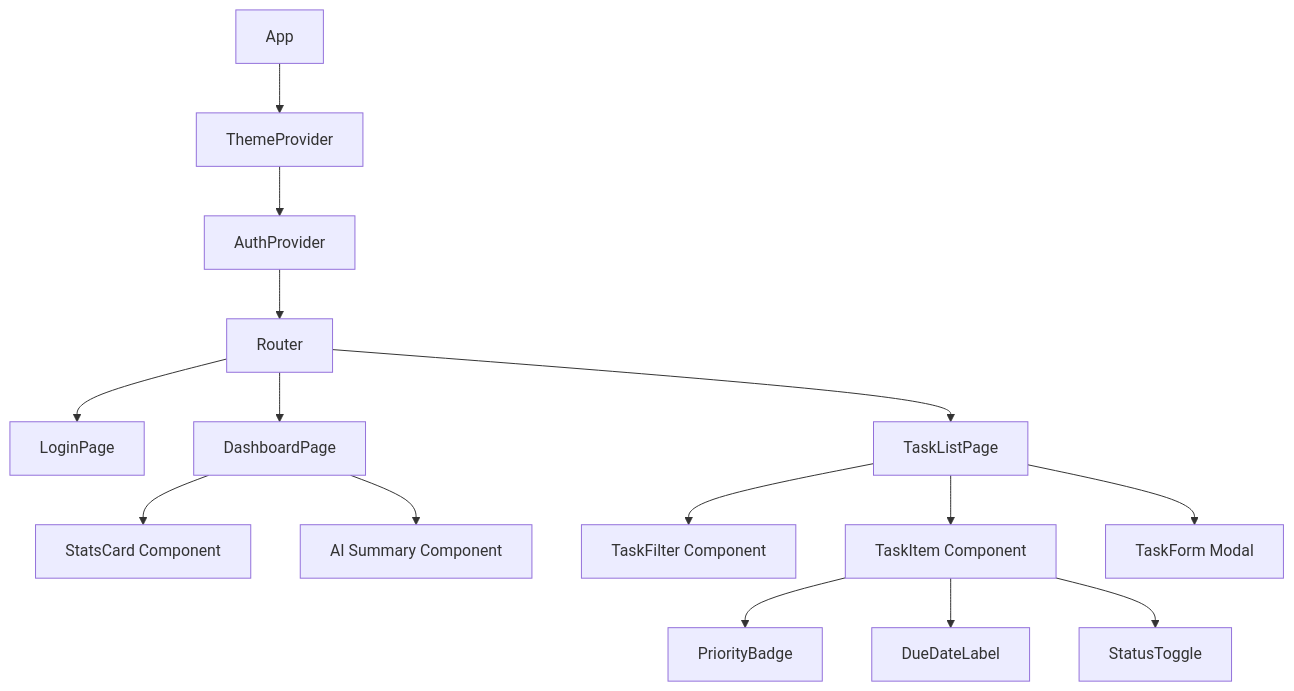
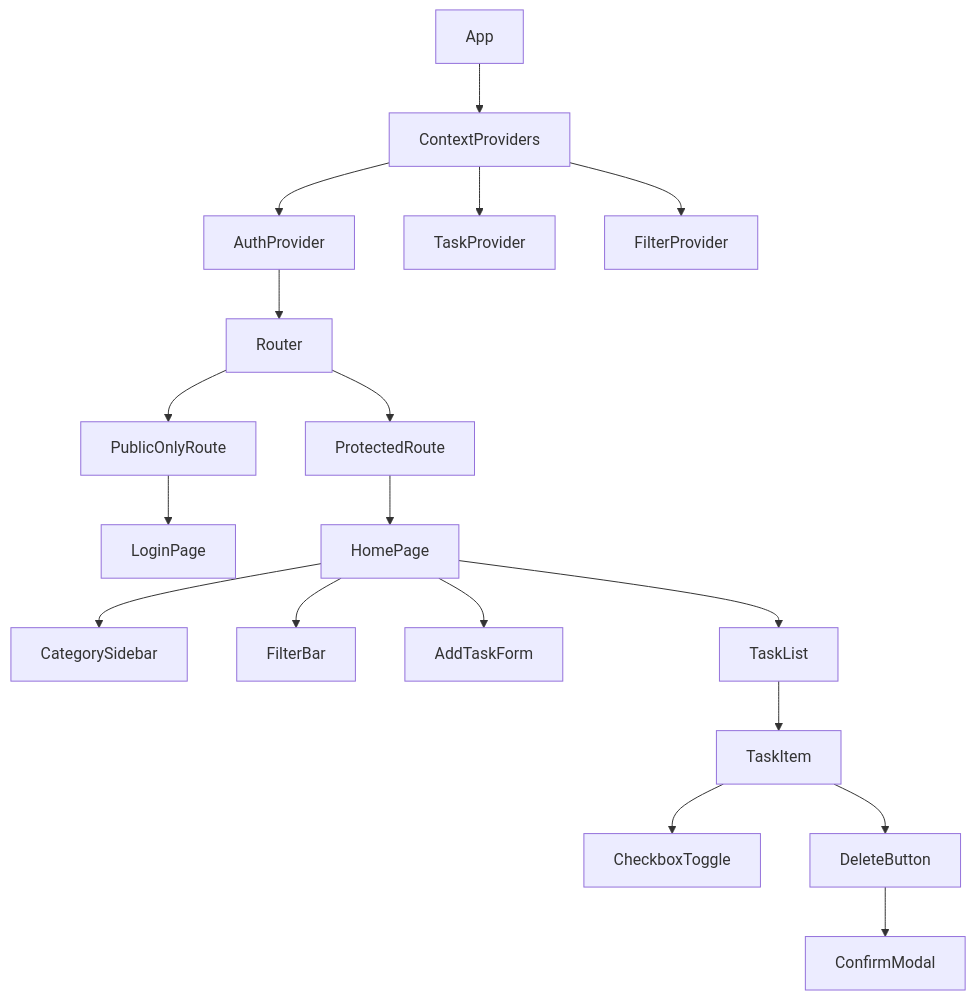
One commit to nabia-debug/ReactJS-ToDoList changed the second of 6 diagrams in LLD.md. Above: the diagram before and after it, drawn with Mermaid. The commit also changed other lines of this file, not shown here.

Commit message:
docs: update LLD.md aligned with task manager-React epic

````diff
--- a/LLD.md
+++ b/LLD.md
@@ -51,20 +78,21 @@
 ```mermaid
 graph TD
-    App --> ThemeProvider
-    ThemeProvider --> AuthProvider
+    App --> ContextProviders
+    ContextProviders --> AuthProvider
+    ContextProviders --> TaskProvider
+    ContextProviders --> FilterProvider
     AuthProvider --> Router
-    Router --> LoginPage
-    Router --> DashboardPage
-    Router --> TaskListPage
+    Router --> ProtectedRoute
+    Router --> PublicOnlyRoute
+    PublicOnlyRoute --> LoginPage
+    ProtectedRoute --> HomePage
     
-    DashboardPage --> StatsCard[StatsCard Component]
-    DashboardPage --> AISummary[AI Summary Component]
-    
-    TaskListPage --> TaskFilter[TaskFilter Component]
-    TaskListPage --> TaskItem[TaskItem Component]
-    TaskListPage --> TaskForm[TaskForm Modal]
-    
-    TaskItem --> PriorityBadge
-    TaskItem --> DueDateLabel
-    TaskItem --> StatusToggle
+    HomePage --> CategorySidebar
+    HomePage --> FilterBar
+    HomePage --> AddTaskForm
+    HomePage --> TaskList
+    TaskList --> TaskItem
+    TaskItem --> CheckboxToggle
+    TaskItem --> DeleteButton
+    DeleteButton --> ConfirmModal
 ```
````
